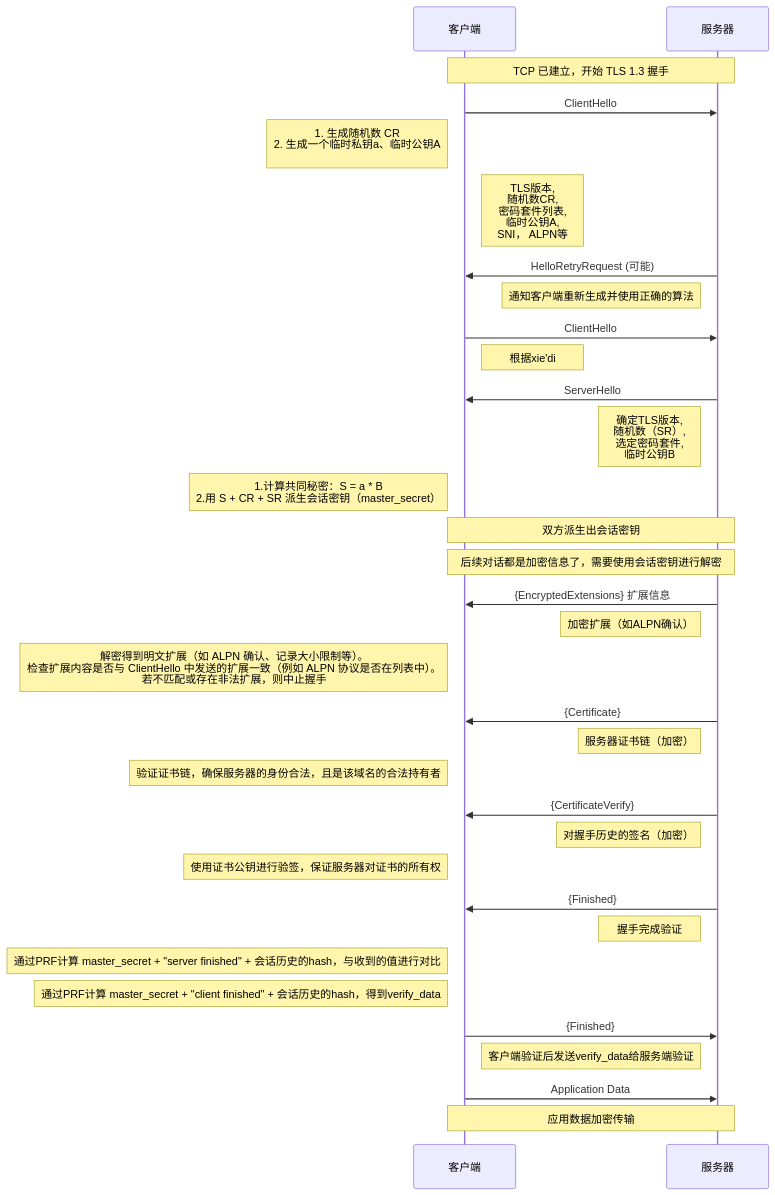
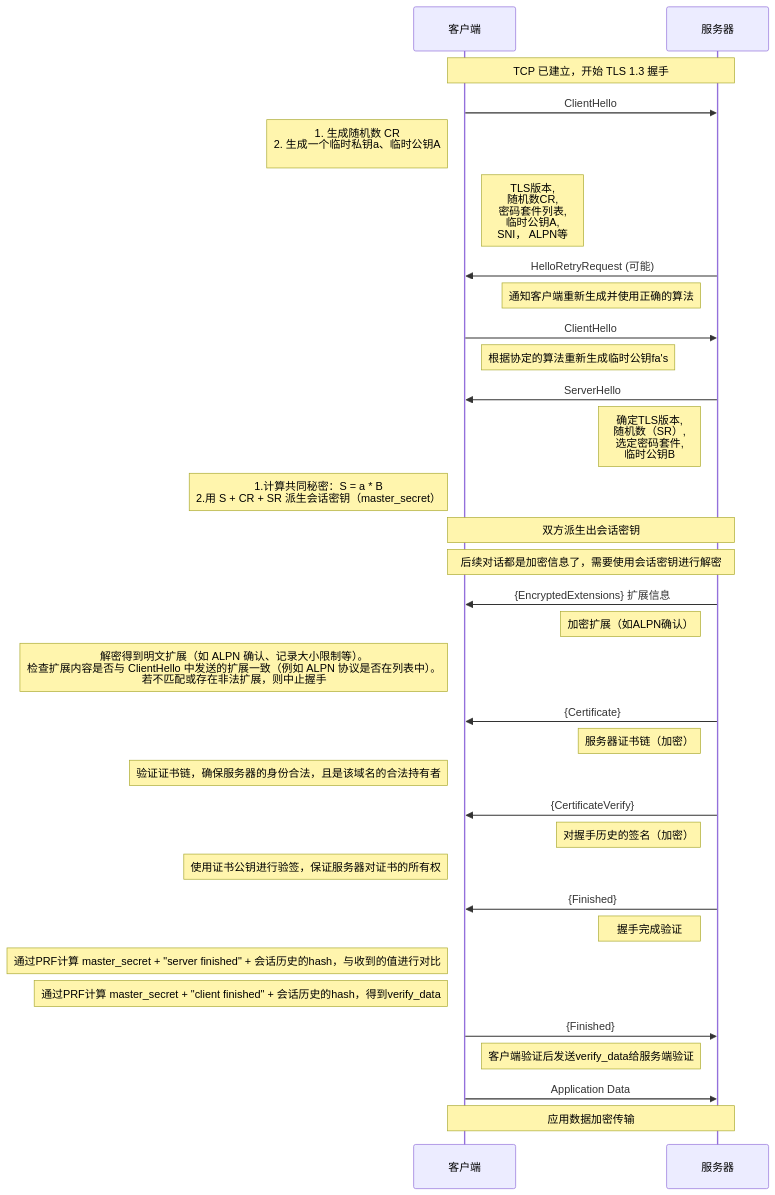
Before and after one commit to HY-10-8/iodraw-files: the diagram in all/TLS-1.3-通用（全）.md, drawn with Mermaid.

Commit message:
2026-03-31 10:08:41 update

````diff
--- a/all/TLS-1.3-通用（全）.md
+++ b/all/TLS-1.3-通用（全）.md
@@ -1,47 +1,47 @@
 ```mermaid
 sequenceDiagram
     participant C as 客户端
     participant S as 服务器
 
     Note over C,S: TCP 已建立，开始 TLS 1.3 握手
 
     C->>S: ClientHello
     Note left of C: 1. 生成随机数 CR<br/> 2. 生成一个临时私钥a、临时公钥A<br/>
     Note right of C: TLS版本,<br/> 随机数CR,<br/> 密码套件列表,<br/> 临时公钥A,<br/> SNI， ALPN等
 
     S->>C: HelloRetryRequest (可能)
     Note left of S: 通知客户端重新生成并使用正确的算法
 
     C->>S: ClientHello
-    Note right of C: 根据xie'di
+    Note right of C: 根据协定的算法重新生成临时公钥fa's
 
     S->>C: ServerHello
     Note left of S: 确定TLS版本, <br/>随机数（SR）,<br/> 选定密码套件, <br/>临时公钥B
     Note left of C: 1.计算共同秘密：S = a * B<br/> 2.用 S + CR + SR 派生会话密钥（master_secret）
 
     Note over C,S: 双方派生出会话密钥
     Note over C,S: 后续对话都是加密信息了，需要使用会话密钥进行解密
 
     S->>C: {EncryptedExtensions} 扩展信息
     Note left of S: 加密扩展（如ALPN确认）
     Note left of C: 解密得到明文扩展（如 ALPN 确认、记录大小限制等）。<br/>检查扩展内容是否与 ClientHello 中发送的扩展一致（例如 ALPN 协议是否在列表中）。<br/> 若不匹配或存在非法扩展，则中止握手
 
     S->>C: {Certificate}
     Note left of S: 服务器证书链（加密）
     Note left of C: 验证证书链，确保服务器的身份合法，且是该域名的合法持有者
 
     S->>C: {CertificateVerify}
     Note left of S: 对握手历史的签名（加密）
     Note left of C: 使用证书公钥进行验签，保证服务器对证书的所有权
 
     S->>C: {Finished}
     Note left of S: 握手完成验证
     Note left of C: 通过PRF计算 master_secret + "server finished" + 会话历史的hash，与收到的值进行对比
     Note left of C: 通过PRF计算 master_secret + "client finished" + 会话历史的hash，得到verify_data
 
     C->>S: {Finished}
     Note right of C: 客户端验证后发送verify_data给服务端验证
 
     C->>S: Application Data
     Note over C,S: 应用数据加密传输
 ```
````
